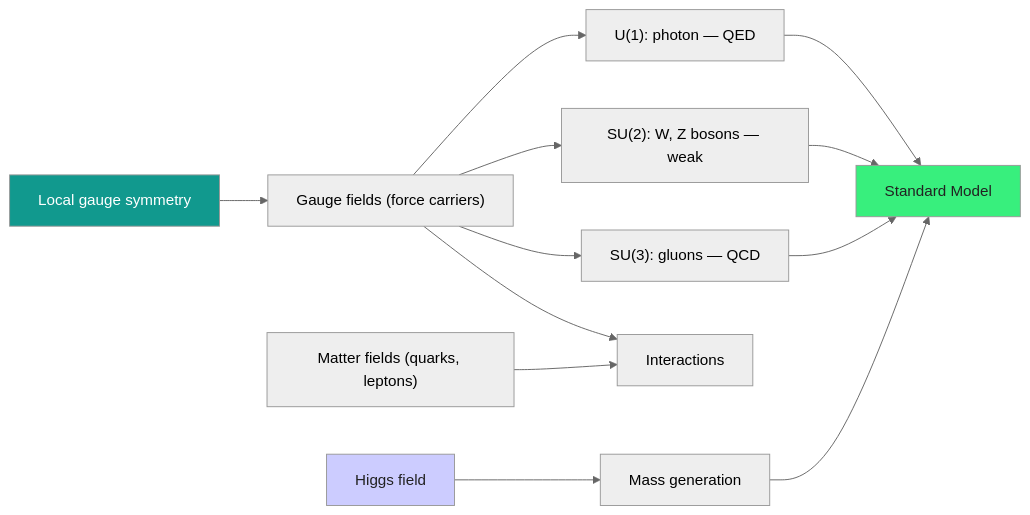
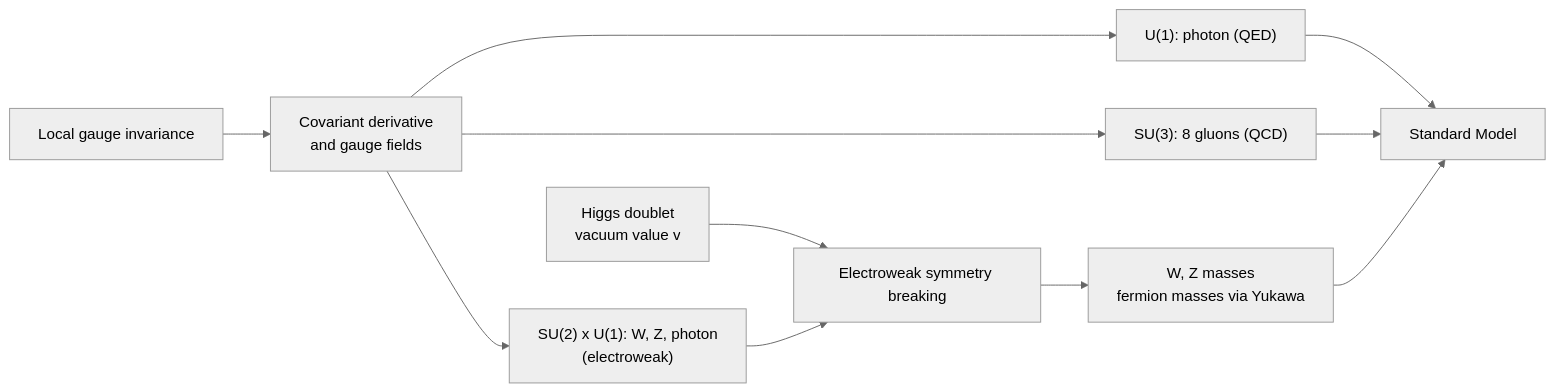
Before and after one commit to AndrewAltimit/Documentation: the first of 2 diagrams in github-pages/docs/physics/gauge-and-standard-model.md, drawn with Mermaid (neutral theme). The commit also changed other lines of this file and 240 other files, not shown here.

````diff
--- a/github-pages/docs/physics/gauge-and-standard-model.md
+++ b/github-pages/docs/physics/gauge-and-standard-model.md
@@ -34,17 +16,13 @@
 ```mermaid
 graph LR
-    SYM["Local gauge symmetry"] --> GF["Gauge fields (force carriers)"]
-    GF --> EM["U(1): photon — QED"]
-    GF --> WK["SU(2): W, Z bosons — weak"]
-    GF --> ST["SU(3): gluons — QCD"]
-    MAT["Matter fields (quarks, leptons)"] --> INT["Interactions"]
-    GF --> INT
-    HIGGS["Higgs field"] --> MASS["Mass generation"]
-    EM --> SM["Standard Model"]
-    WK --> SM
-    ST --> SM
+    LOC["Local gauge invariance"] --> COV["Covariant derivative<br/>and gauge fields"]
+    COV --> U1["U(1): photon (QED)"]
+    COV --> SU2["SU(2) x U(1): W, Z, photon<br/>(electroweak)"]
+    COV --> SU3["SU(3): 8 gluons (QCD)"]
+    HIGGS["Higgs doublet<br/>vacuum value v"] --> SSB["Electroweak symmetry breaking"]
+    SU2 --> SSB
+    SSB --> MASS["W, Z masses<br/>fermion masses via Yukawa"]
+    U1 --> SM["Standard Model"]
+    SU3 --> SM
     MASS --> SM
-    style SYM fill:#11998e,color:#fff
-    style SM fill:#38ef7d,color:#222
-    style HIGGS fill:#ccf,color:#222
 ```
````
